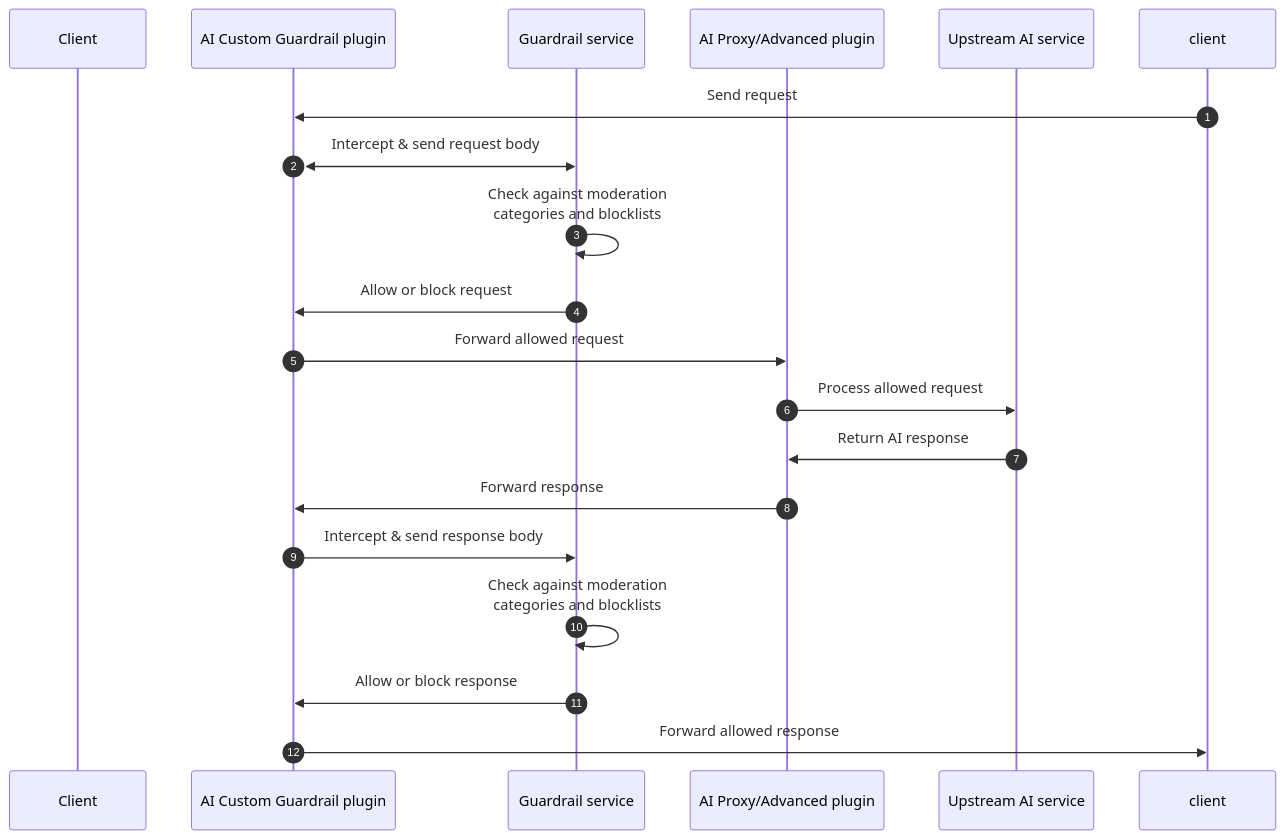
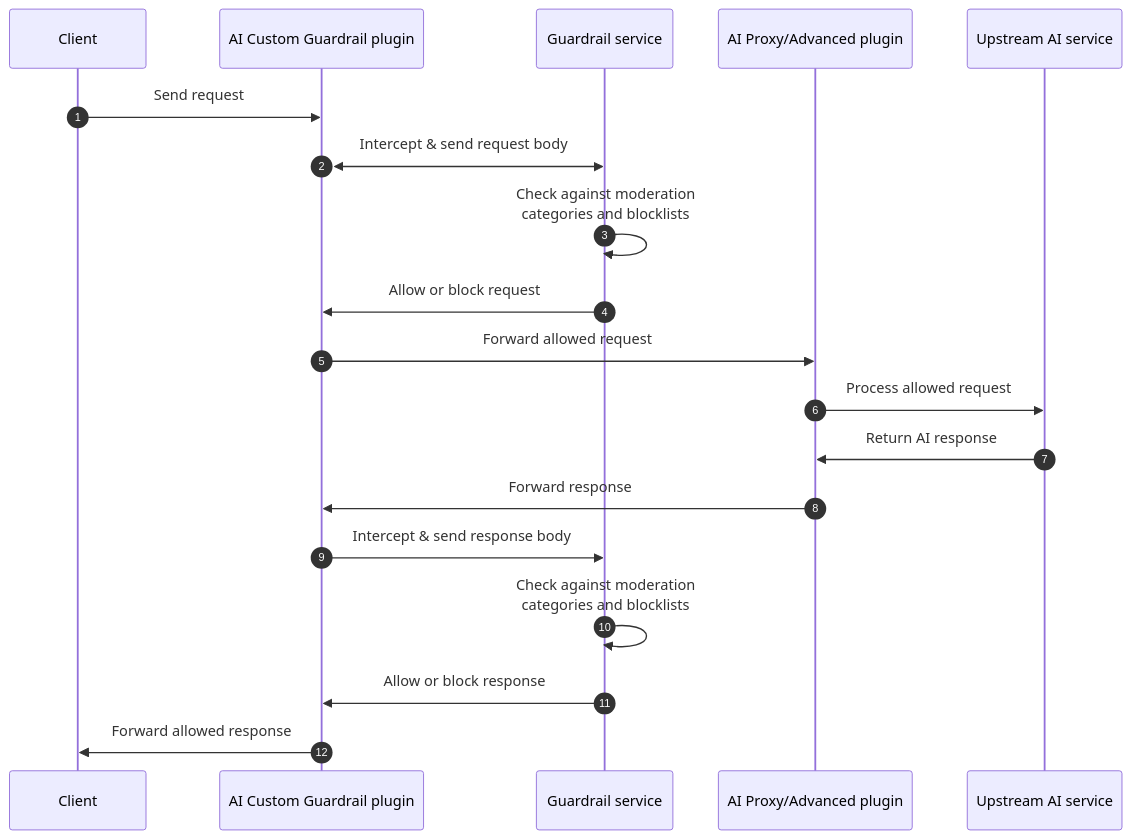
One commit to Kong/developer.konghq.com changed the diagram in app/_kong_plugins/ai-custom-guardrail/index.md. Above: the diagram before and after it, drawn with Mermaid.

Commit message:
Fixed duplicate client/Client entry in sequence diagram

```diff
--- a/app/_kong_plugins/ai-custom-guardrail/index.md
+++ b/app/_kong_plugins/ai-custom-guardrail/index.md
@@ -77,22 +77,22 @@
 {% mermaid %}
 sequenceDiagram
   autonumber
-  participant Client
+  participant client as Client
   participant custguardrail as AI Custom Guardrail plugin
   participant guardrail as Guardrail service
   participant proxy as AI Proxy/Advanced plugin
   participant llm as Upstream AI service
 
   client->>custguardrail:Send request
   custguardrail<<->>guardrail:Intercept & send request body
   guardrail->>guardrail:Check against moderation <br>categories and blocklists
   guardrail->>custguardrail: Allow or block request
   custguardrail->>proxy: Forward allowed request
   proxy->>llm: Process allowed request
   llm->>proxy: Return AI response
   proxy->>custguardrail: Forward response
   custguardrail->>guardrail: Intercept & send response body
   guardrail->>guardrail: Check against moderation <br>categories and blocklists
   guardrail->>custguardrail: Allow or block response
   custguardrail->>client: Forward allowed response
 {% endmermaid %}
```
